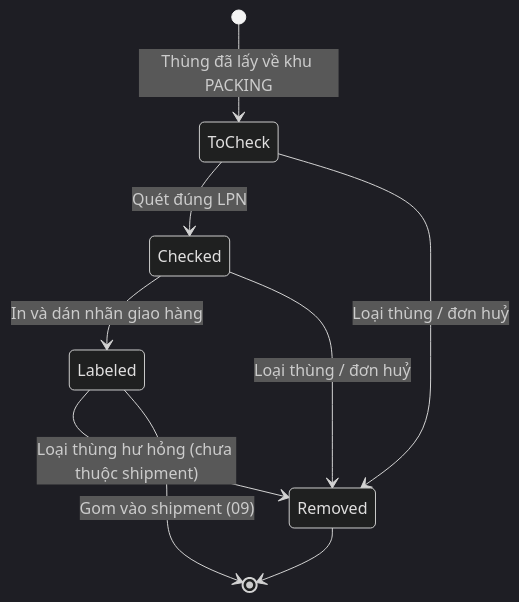
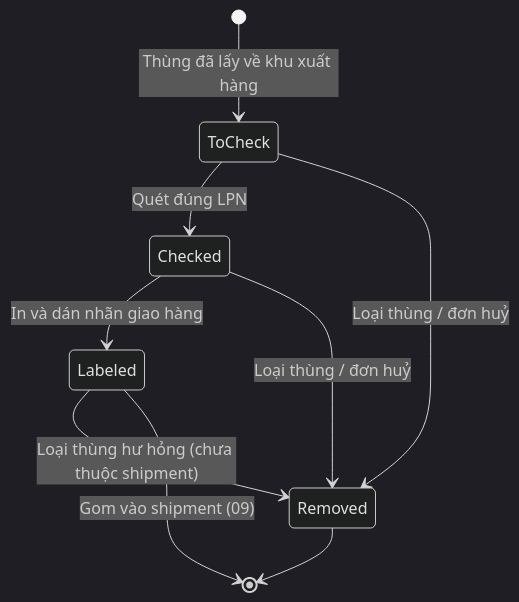
Before and after one commit to KLTN-FA26/docs: the second of 2 diagrams in docs/warehouse/08-packing/README.md, drawn with Mermaid (dark theme). The commit also changed other lines of this file and 14 other files, not shown here.

````diff
--- a/docs/warehouse/08-packing/README.md
+++ b/docs/warehouse/08-packing/README.md
@@ -122,11 +124,11 @@
 ```mermaid
 stateDiagram-v2
-    [*] --> ToCheck: Thùng đã lấy về khu PACKING
+    [*] --> ToCheck: Thùng đã lấy về khu xuất hàng
     ToCheck --> Checked: Quét đúng LPN
     Checked --> Labeled: In và dán nhãn giao hàng
     ToCheck --> Removed: Loại thùng / đơn huỷ
     Checked --> Removed: Loại thùng / đơn huỷ
     Labeled --> Removed: Loại thùng hư hỏng (chưa thuộc shipment)
     Labeled --> [*]: Gom vào shipment (09)
     Removed --> [*]
 ```
````
